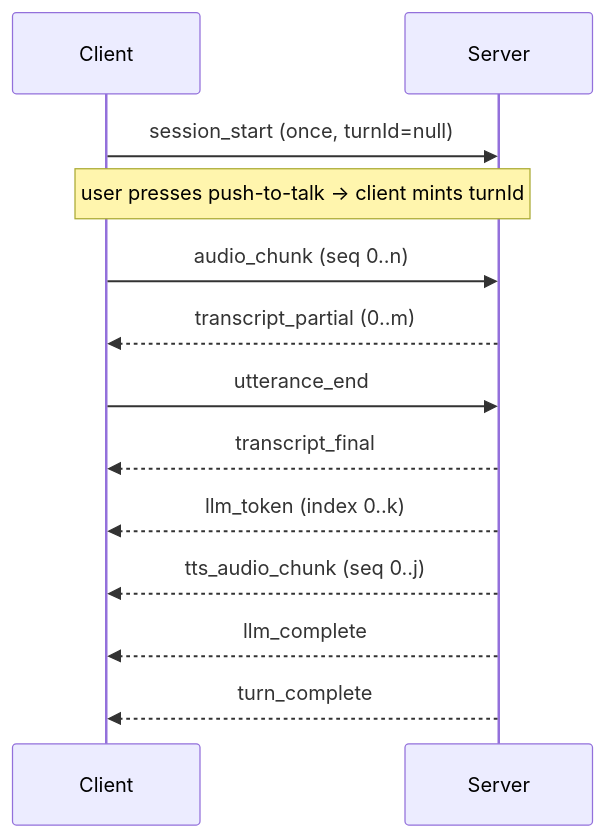
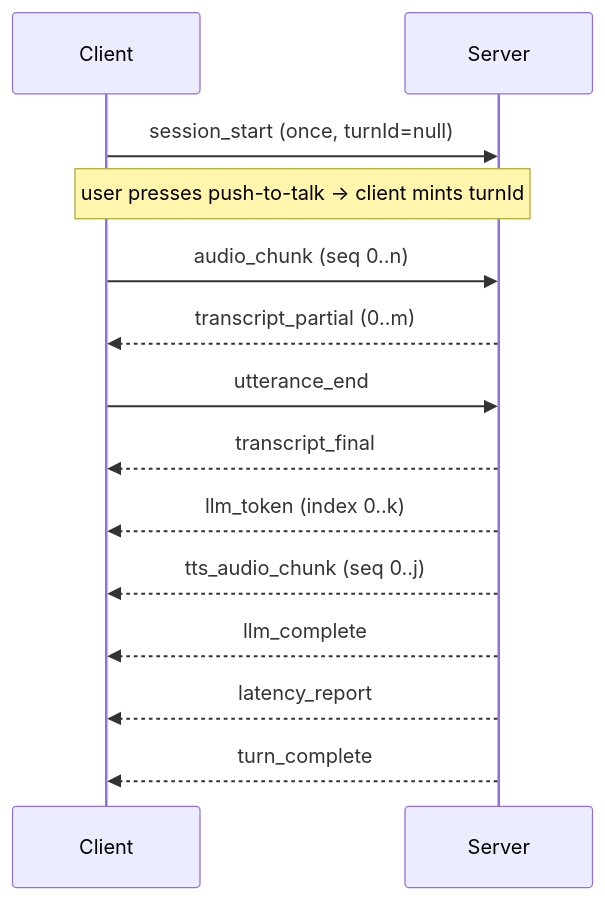
The diagram in docs/event-protocol.md (vectorvoyager358/voxwire), drawn with Mermaid before and after one commit. The commit also changed other lines of this file and 9 other files, not shown here.

````diff
--- a/docs/event-protocol.md
+++ b/docs/event-protocol.md
@@ -274,16 +319,17 @@
 ```mermaid
 sequenceDiagram
   participant C as Client
   participant S as Server
 
   C->>S: session_start (once, turnId=null)
   Note over C,S: user presses push-to-talk -> client mints turnId
   C->>S: audio_chunk (seq 0..n)
   S-->>C: transcript_partial (0..m)
   C->>S: utterance_end
   S-->>C: transcript_final
   S-->>C: llm_token (index 0..k)
   S-->>C: tts_audio_chunk (seq 0..j)
   S-->>C: llm_complete
+  S-->>C: latency_report
   S-->>C: turn_complete
 ```
````
